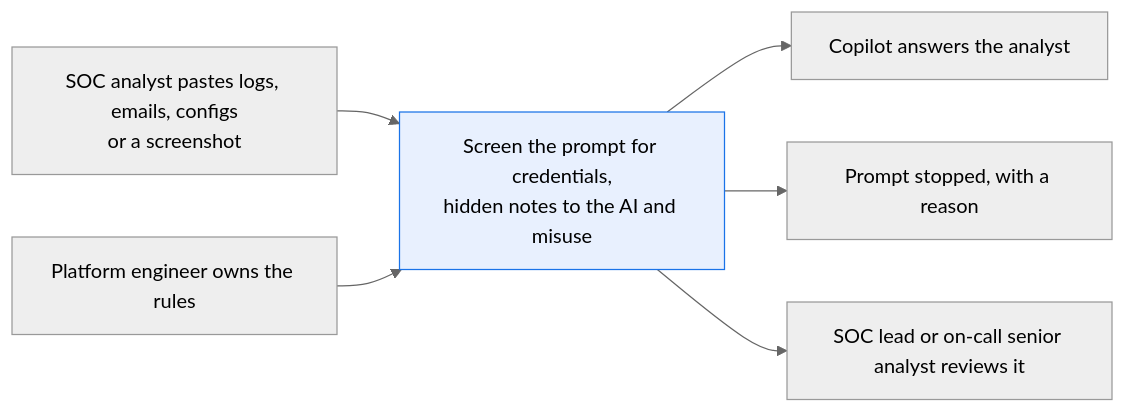
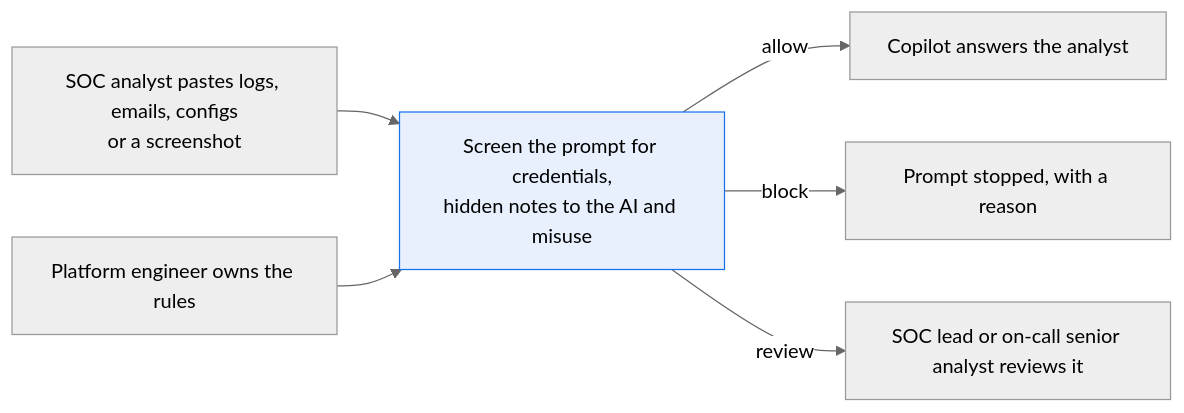
The first of 2 diagrams in security/screen_assistant_prompts/README.md (superlinked/cookbook), drawn with Mermaid (neutral theme) before and after one commit. The commit also changed other lines of this file and 9 other files, not shown here.

````diff
--- a/security/screen_assistant_prompts/README.md
+++ b/security/screen_assistant_prompts/README.md
@@ -51,10 +51,10 @@
 ```mermaid
 flowchart LR
     A["SOC analyst pastes logs, emails, configs<br/>or a screenshot"] --> B["Screen the prompt for credentials,<br/>hidden notes to the AI and misuse"]
     F[Platform engineer owns the rules] --> B
-    B --> C[Copilot answers the analyst]
-    B --> D["Prompt stopped, with a reason"]
-    B --> E[SOC lead or on-call senior analyst reviews it]
+    B -->|allow| C[Copilot answers the analyst]
+    B -->|block| D["Prompt stopped, with a reason"]
+    B -->|review| E[SOC lead or on-call senior analyst reviews it]
     classDef recipe fill:#e8f0fe,stroke:#1a73e8
     class B recipe;
 ```
````
